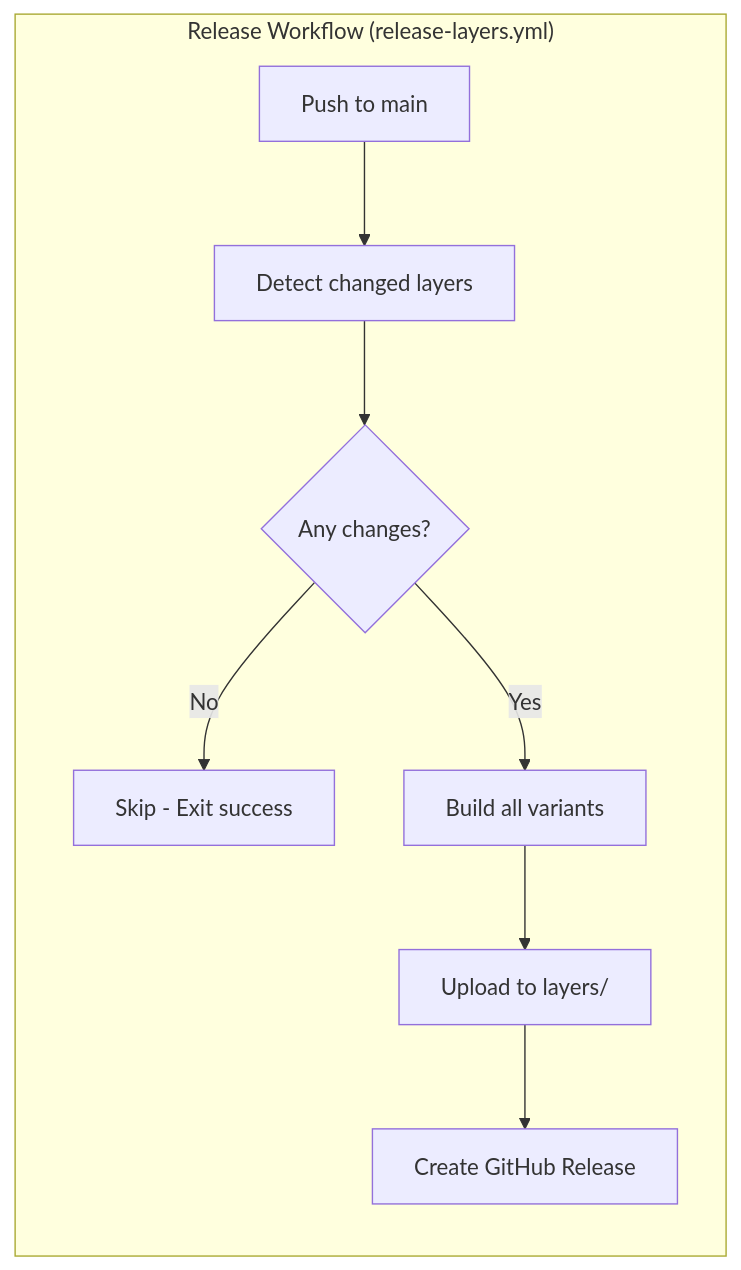
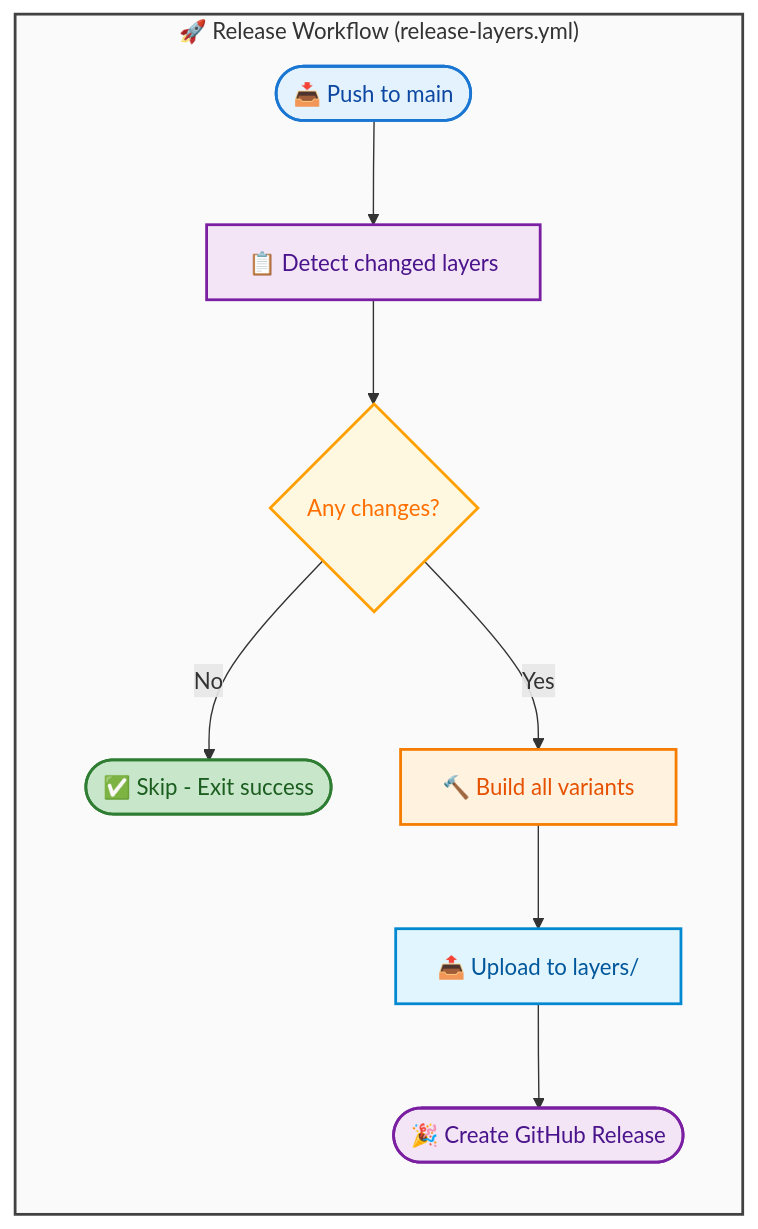
The fourth of 4 diagrams in README.md (luk-kop/aws-lambda-layers), drawn with Mermaid before and after one commit. The commit also changed other lines of this file, not shown here.

````diff
--- a/README.md
+++ b/README.md
@@ -237,12 +278,22 @@
 ```mermaid
 flowchart TB
-    subgraph Release["Release Workflow (release-layers.yml)"]
+    subgraph Release["🚀 Release Workflow (release-layers.yml)"]
         direction TB
-        L[Push to main] --> M[Detect changed layers]
-        M --> N{Any changes?}
-        N -->|No| O[Skip - Exit success]
-        N -->|Yes| P[Build all variants]
-        P --> Q[Upload to layers/]
-        Q --> R[Create GitHub Release]
+        L([📥 Push to main]):::trigger --> M[📋 Detect changed layers]:::detect
+        M --> N{Any changes?}:::decision
+        N -->|No| O([✅ Skip - Exit success]):::success
+        N -->|Yes| P[🔨 Build all variants]:::build
+        P --> Q[📤 Upload to layers/]:::upload
+        Q --> R([🎉 Create GitHub Release]):::release
     end
+
+    classDef trigger fill:#e3f2fd,stroke:#1976d2,stroke-width:2px,color:#0d47a1
+    classDef detect fill:#f3e5f5,stroke:#7b1fa2,stroke-width:2px,color:#4a148c
+    classDef decision fill:#fff8e1,stroke:#ffa000,stroke-width:2px,color:#ff6f00
+    classDef build fill:#fff3e0,stroke:#f57c00,stroke-width:2px,color:#e65100
+    classDef upload fill:#e1f5fe,stroke:#0288d1,stroke-width:2px,color:#01579b
+    classDef success fill:#c8e6c9,stroke:#2e7d32,stroke-width:2px,color:#1b5e20
+    classDef release fill:#f3e5f5,stroke:#7b1fa2,stroke-width:2px,color:#4a148c
+
+    style Release fill:#fafafa,stroke:#424242,stroke-width:2px
 ```
````
